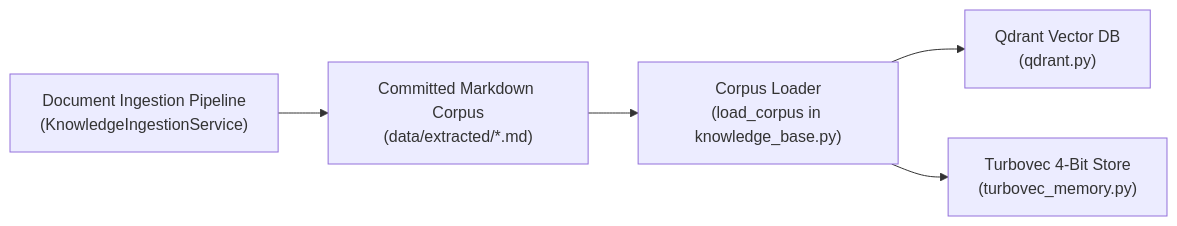
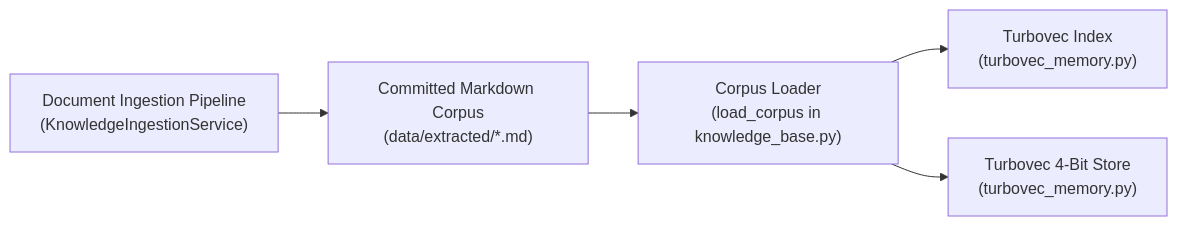
One commit to MathematicGuy/EMAIL-AGENT-v1 changed the second of 2 diagrams in docs/architectures/current-architectures/06-knowledge-and-document-ingestion-pipeline.md. Above: the diagram before and after it, drawn with Mermaid. The commit also changed other lines of this file and 50 other files, not shown here.

````diff
--- a/docs/architectures/current-architectures/06-knowledge-and-document-ingestion-pipeline.md
+++ b/docs/architectures/current-architectures/06-knowledge-and-document-ingestion-pipeline.md
@@ -121,7 +121,7 @@
 ```mermaid
 flowchart LR
     INGEST["Document Ingestion Pipeline<br/>(KnowledgeIngestionService)"] --> CORPUS["Committed Markdown Corpus<br/>(data/extracted/*.md)"]
     CORPUS --> LOADER["Corpus Loader<br/>(load_corpus in knowledge_base.py)"]
-    LOADER --> VECTOR_QDRANT["Qdrant Vector DB<br/>(qdrant.py)"]
+    LOADER --> VECTOR_QDRANT["Turbovec Index<br/>(turbovec_memory.py)"]
     LOADER --> VECTOR_TURBO["Turbovec 4-Bit Store<br/>(turbovec_memory.py)"]
 ```
````
